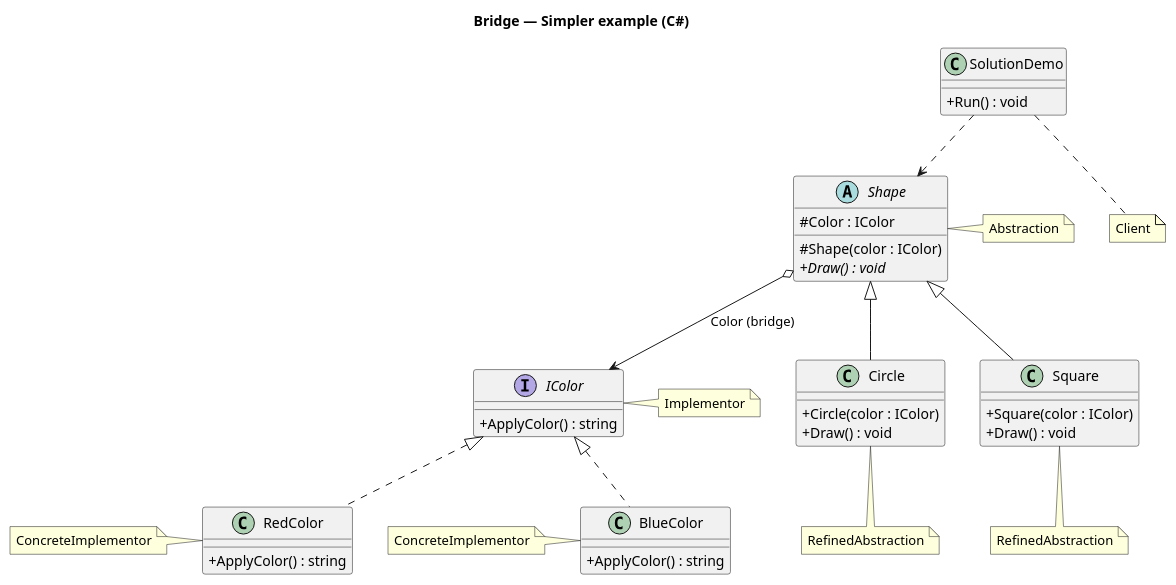
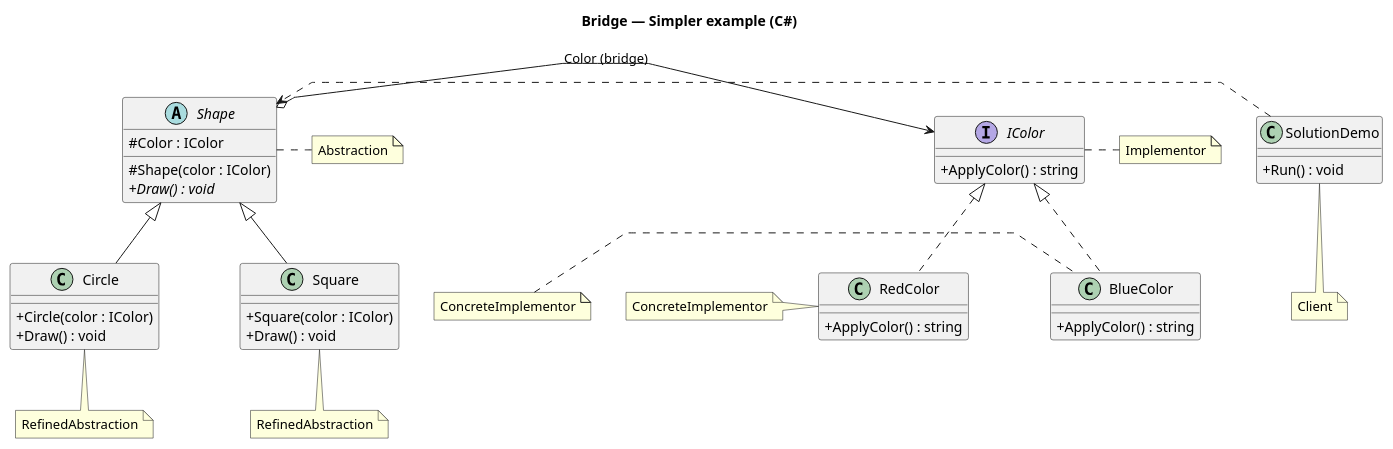
Before and after one commit to kaldiroglu/DesignPatternsWithCSharp: the diagram in Structural Patterns (Simpler)/Simpler.Bridge/uml/bridge.puml, drawn with PlantUML. The commit also changed 43 other files, not shown here.

Commit message:
Diagrams: each parent above and centered over its children, on one row, with straight lines

```diff
--- a/Structural Patterns (Simpler)/Simpler.Bridge/uml/bridge.puml
+++ b/Structural Patterns (Simpler)/Simpler.Bridge/uml/bridge.puml
@@ -1,52 +1,70 @@
 @startuml Bridge
+skinparam linetype polyline
+skinparam class {
+  BackgroundColor<<spacer>> transparent
+  BorderColor<<spacer>> transparent
+  FontColor<<spacer>> transparent
+}
+hide <<spacer>> stereotype
+hide <<spacer>> circle
 skinparam classAttributeIconSize 0
 title Bridge — Simpler example (C#)
 
 interface IColor {
   + ApplyColor() : string
 }
 
 class RedColor {
   + ApplyColor() : string
 }
 
 class BlueColor {
   + ApplyColor() : string
 }
 
 abstract class Shape {
   # Color : IColor
   # Shape(color : IColor)
   + {abstract} Draw() : void
 }
 
 class Circle {
   + Circle(color : IColor)
   + Draw() : void
 }
 
 class Square {
   + Square(color : IColor)
   + Draw() : void
 }
 
 class SolutionDemo {
   + Run() : void
 }
 
 IColor <|.. RedColor
 IColor <|.. BlueColor
 Shape <|-- Circle
 Shape <|-- Square
-Shape o--> IColor : Color (bridge)
-SolutionDemo ..> Shape
 
 note right of Shape : Abstraction
 note bottom of Circle : RefinedAbstraction
 note bottom of Square : RefinedAbstraction
 note right of IColor : Implementor
 note left of RedColor : ConcreteImplementor
 note left of BlueColor : ConcreteImplementor
 note bottom of SolutionDemo : Client
 
+class " " as Spacer1 <<spacer>>
+IColor -[hidden]- Spacer1
+IColor -[hidden]- Spacer1
+RedColor -[hidden]right- Spacer1
+Spacer1 -[hidden]right- BlueColor
+class " " as Spacer2 <<spacer>>
+Shape -[hidden]- Spacer2
+Shape -[hidden]- Spacer2
+Circle -[hidden]right- Spacer2
+Spacer2 -[hidden]right- Square
+Shape o-[norank]-> IColor : Color (bridge)
+SolutionDemo .[norank].> Shape
 @enduml
```
